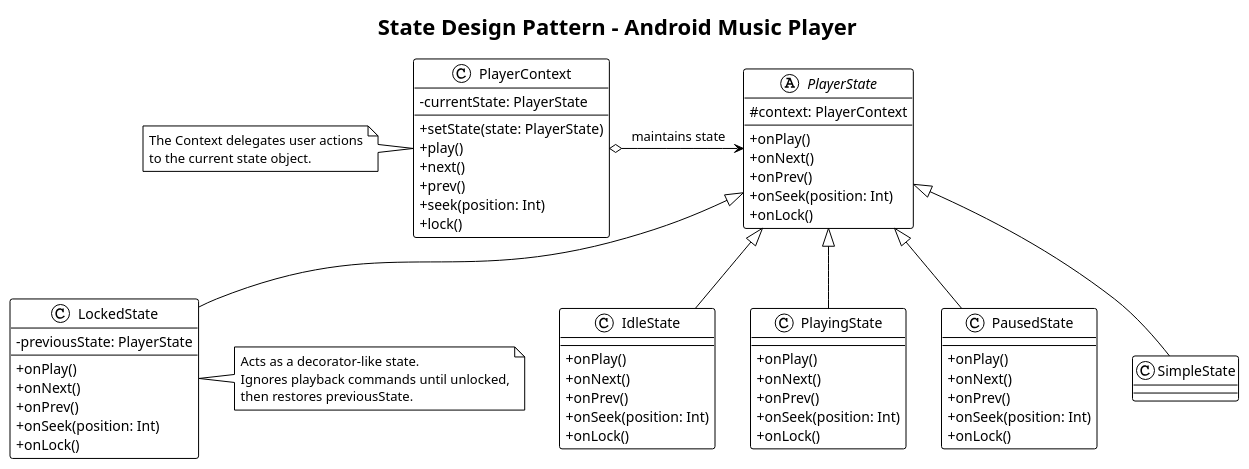
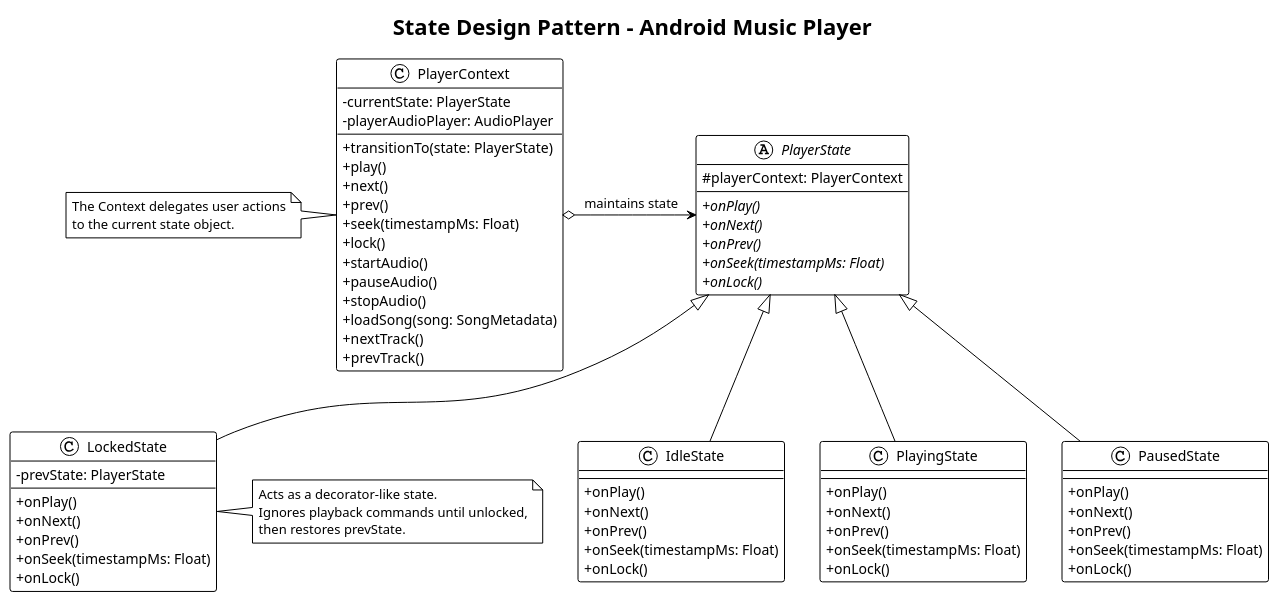
One commit to SAPAAAA/statepatterndemo_musicplayer changed the diagram in demo.puml. Above: the diagram before and after it, drawn with PlantUML.

Commit message:
fix: fix diagram

```diff
--- a/demo.puml
+++ b/demo.puml
@@ -1,77 +1,83 @@
 @startuml
 !theme plain
 skinparam classAttributeIconSize 0
 
 title State Design Pattern - Android Music Player
 
 class PlayerContext {
   - currentState: PlayerState
-  + setState(state: PlayerState)
+  - playerAudioPlayer: AudioPlayer
+  + transitionTo(state: PlayerState)
   + play()
   + next()
   + prev()
-  + seek(position: Int)
+  + seek(timestampMs: Float)
   + lock()
+  + startAudio()
+  + pauseAudio()
+  + stopAudio()
+  + loadSong(song: SongMetadata)
+  + nextTrack()
+  + prevTrack()
 }
 
 abstract class PlayerState {
-  # context: PlayerContext
-  + onPlay()
-  + onNext()
-  + onPrev()
-  + onSeek(position: Int)
-  + onLock()
+  # playerContext: PlayerContext
+  + {abstract} onPlay()
+  + {abstract} onNext()
+  + {abstract} onPrev()
+  + {abstract} onSeek(timestampMs: Float)
+  + {abstract} onLock()
 }
 
 class IdleState {
   + onPlay()
   + onNext()
   + onPrev()
-  + onSeek(position: Int)
+  + onSeek(timestampMs: Float)
   + onLock()
 }
 
 class PlayingState {
   + onPlay()
   + onNext()
   + onPrev()
-  + onSeek(position: Int)
+  + onSeek(timestampMs: Float)
   + onLock()
 }
 
 class PausedState {
   + onPlay()
   + onNext()
   + onPrev()
-  + onSeek(position: Int)
+  + onSeek(timestampMs: Float)
   + onLock()
 }
 
 class LockedState {
-  - previousState: PlayerState
+  - prevState: PlayerState
   + onPlay()
   + onNext()
   + onPrev()
-  + onSeek(position: Int)
+  + onSeek(timestampMs: Float)
   + onLock()
 }
 
 note left of PlayerContext
   The Context delegates user actions
   to the current state object.
 end note
 
 note right of LockedState
   Acts as a decorator-like state.
   Ignores playback commands until unlocked,
-  then restores previousState.
+  then restores prevState.
 end note
 
 PlayerContext o-> PlayerState : " maintains state"
 PlayerState <|-- IdleState
 PlayerState <|-- PlayingState
 PlayerState <|-- PausedState
 PlayerState <|-- LockedState
-PlayerState <|-- SimpleState
 
 @enduml
```
